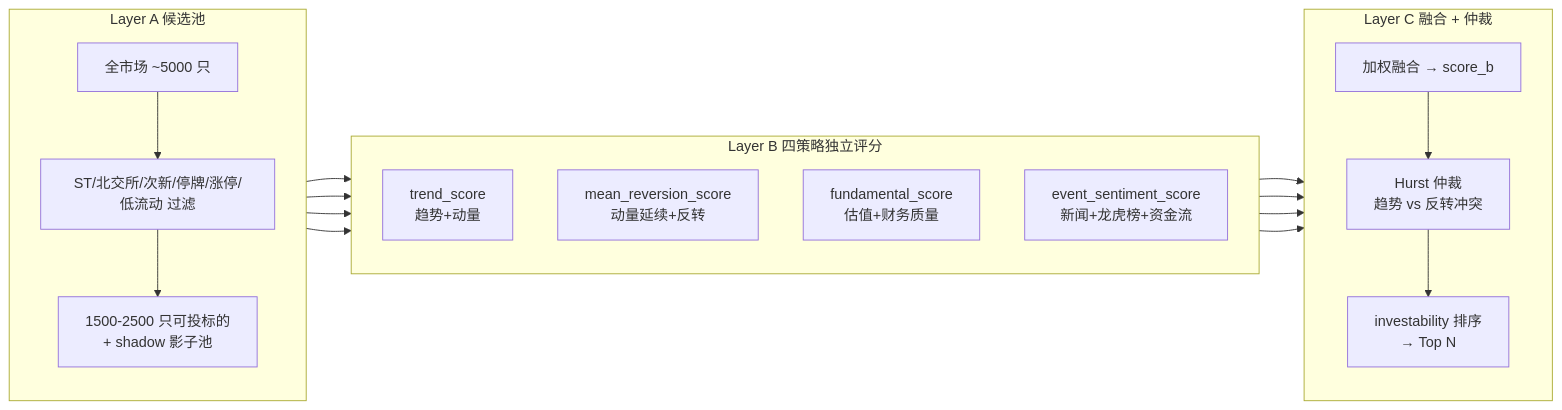
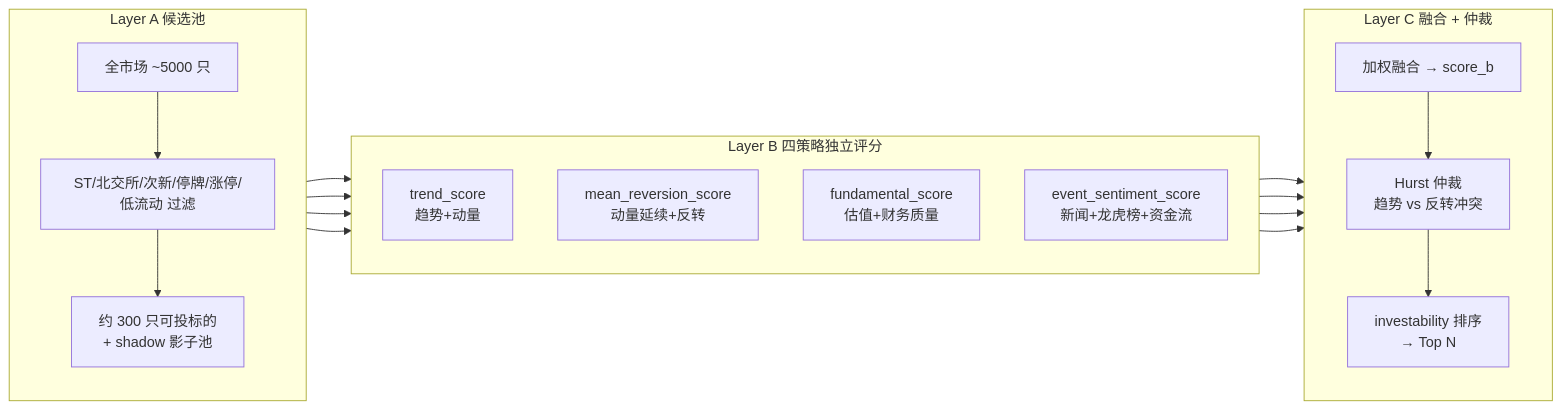
The diagram in docs/cn/03-architecture/three-layer-pipeline.md (A1pha3/ai-hedge-fund), drawn with Mermaid before and after one commit. The commit also changed other lines of this file and 24 other files, not shown here.

First line of the commit message:
Update user manual and architecture documentation

````diff
--- a/docs/cn/03-architecture/three-layer-pipeline.md
+++ b/docs/cn/03-architecture/three-layer-pipeline.md
@@ -18,33 +18,33 @@
 ```mermaid
 flowchart LR
     subgraph LA["Layer A 候选池"]
         direction TB
         LA1[全市场 ~5000 只] --> LA2[ST/北交所/次新/停牌/涨停/低流动 过滤]
-        LA2 --> LA3[1500-2500 只可投标的<br/>+ shadow 影子池]
+        LA2 --> LA3[约 300 只可投标的<br/>+ shadow 影子池]
     end
 
     subgraph LB["Layer B 四策略独立评分"]
         direction TB
         LB1[trend_score<br/>趋势+动量]
         LB2[mean_reversion_score<br/>动量延续+反转]
         LB3[fundamental_score<br/>估值+财务质量]
         LB4[event_sentiment_score<br/>新闻+龙虎榜+资金流]
     end
 
     subgraph LC["Layer C 融合 + 仲裁"]
         direction TB
         LC1[加权融合 → score_b]
         LC2[Hurst 仲裁<br/>趋势 vs 反转冲突]
         LC3[investability 排序<br/>→ Top N]
     end
 
     LA3 --> LB1
     LA3 --> LB2
     LA3 --> LB3
     LA3 --> LB4
     LB1 --> LC1
     LB2 --> LC1
     LB3 --> LC1
     LB4 --> LC1
     LC1 --> LC2 --> LC3
 ```
````
